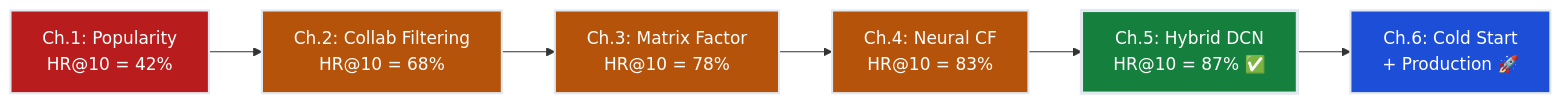
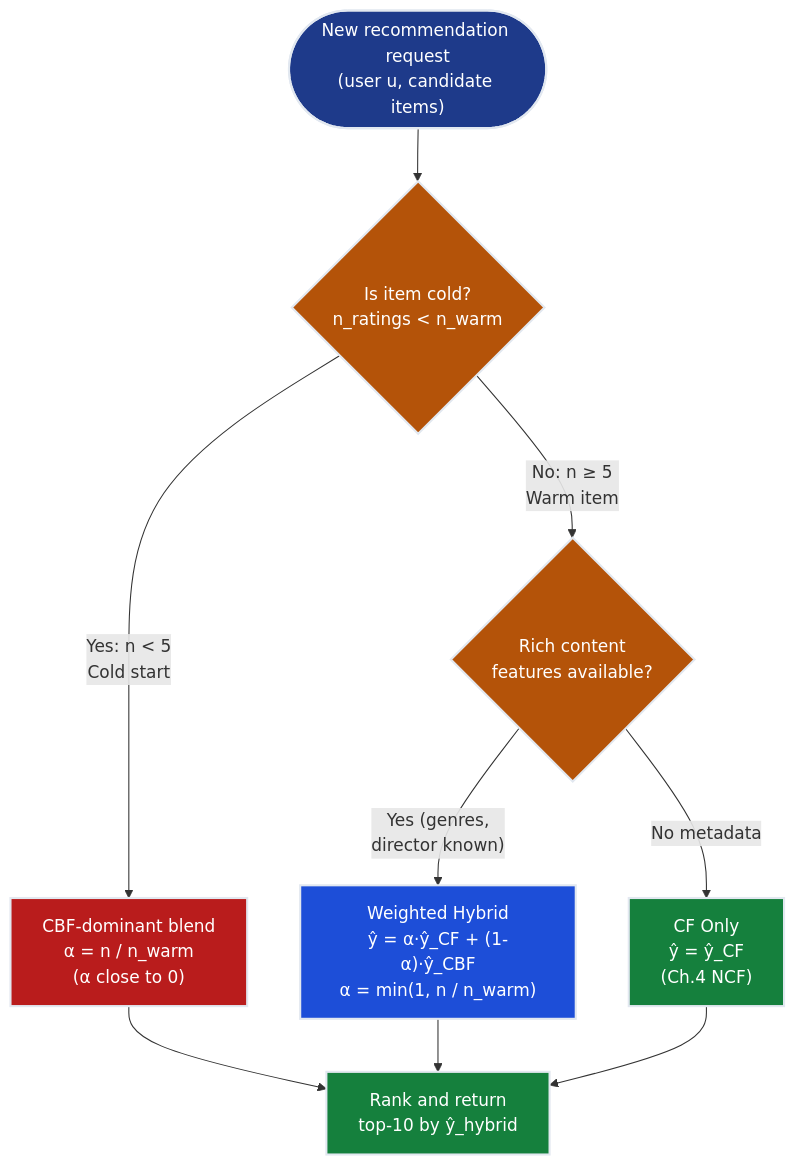
One commit to deepakshamsft/ai-portfolio changed the third of 3 diagrams in notes/01-ml/04_recommender_systems/ch05_hybrid_systems/README.md. Above: the diagram before and after it, drawn with Mermaid. The commit also changed other lines of this file and 727 other files, not shown here.

````diff
--- a/notes/01-ml/04_recommender_systems/ch05_hybrid_systems/README.md
+++ b/notes/01-ml/04_recommender_systems/ch05_hybrid_systems/README.md
@@ -633,15 +512,22 @@
 ```mermaid
-flowchart LR
-    CH1["Ch.1: Popularity<br/>HR@10 = 42%"] --> CH2["Ch.2: Collab Filtering<br/>HR@10 = 68%"]
-    CH2 --> CH3["Ch.3: Matrix Factor<br/>HR@10 = 78%"]
-    CH3 --> CH4["Ch.4: Neural CF<br/>HR@10 = 83%"]
-    CH4 --> CH5["Ch.5: Hybrid DCN<br/>HR@10 = 87% ✅"]
-    CH5 --> CH6["Ch.6: Cold Start<br/>+ Production 🚀"]
-    
-    style CH1 fill:#b91c1c,stroke:#e2e8f0,stroke-width:2px,color:#ffffff
-    style CH2 fill:#b45309,stroke:#e2e8f0,stroke-width:2px,color:#ffffff
-    style CH3 fill:#b45309,stroke:#e2e8f0,stroke-width:2px,color:#ffffff
-    style CH4 fill:#b45309,stroke:#e2e8f0,stroke-width:2px,color:#ffffff
-    style CH5 fill:#15803d,stroke:#e2e8f0,stroke-width:3px,color:#ffffff
-    style CH6 fill:#1d4ed8,stroke:#e2e8f0,stroke-width:2px,color:#ffffff
+flowchart TD
+    START(["New recommendation request\n(user u, candidate items)"]) --> COLD{"Is item cold?\nn_ratings < n_warm"}
+
+    COLD -->|"Yes: n < 5\nCold start"| CBF_DOM["CBF-dominant blend\nα = n / n_warm\n(α close to 0)"]
+    COLD -->|"No: n ≥ 5\nWarm item"| WARM{"Rich content\nfeatures available?"}
+
+    WARM -->|"Yes (genres,\ndirector known)"| HYBRID["Weighted Hybrid\nŷ = α·ŷ_CF + (1-α)·ŷ_CBF\nα = min(1, n / n_warm)"]
+    WARM -->|"No metadata"| CF_ONLY["CF Only\nŷ = ŷ_CF\n(Ch.4 NCF)"]
+
+    CBF_DOM --> RANK["Rank and return\ntop-10 by ŷ_hybrid"]
+    HYBRID --> RANK
+    CF_ONLY --> RANK
+
+    style START fill:#1e3a8a,stroke:#e2e8f0,stroke-width:2px,color:#ffffff
+    style COLD fill:#b45309,stroke:#e2e8f0,stroke-width:2px,color:#ffffff
+    style WARM fill:#b45309,stroke:#e2e8f0,stroke-width:2px,color:#ffffff
+    style CBF_DOM fill:#b91c1c,stroke:#e2e8f0,stroke-width:2px,color:#ffffff
+    style HYBRID fill:#1d4ed8,stroke:#e2e8f0,stroke-width:2px,color:#ffffff
+    style CF_ONLY fill:#15803d,stroke:#e2e8f0,stroke-width:2px,color:#ffffff
+    style RANK fill:#15803d,stroke:#e2e8f0,stroke-width:2px,color:#ffffff
 ```
````
